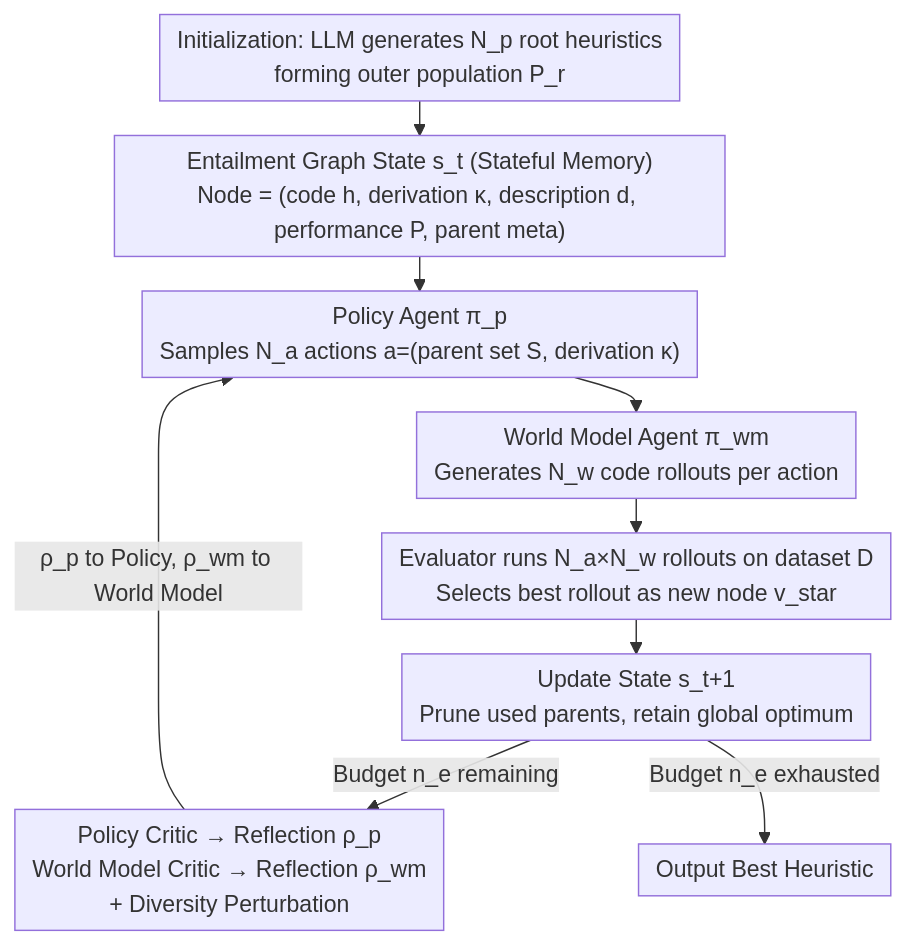
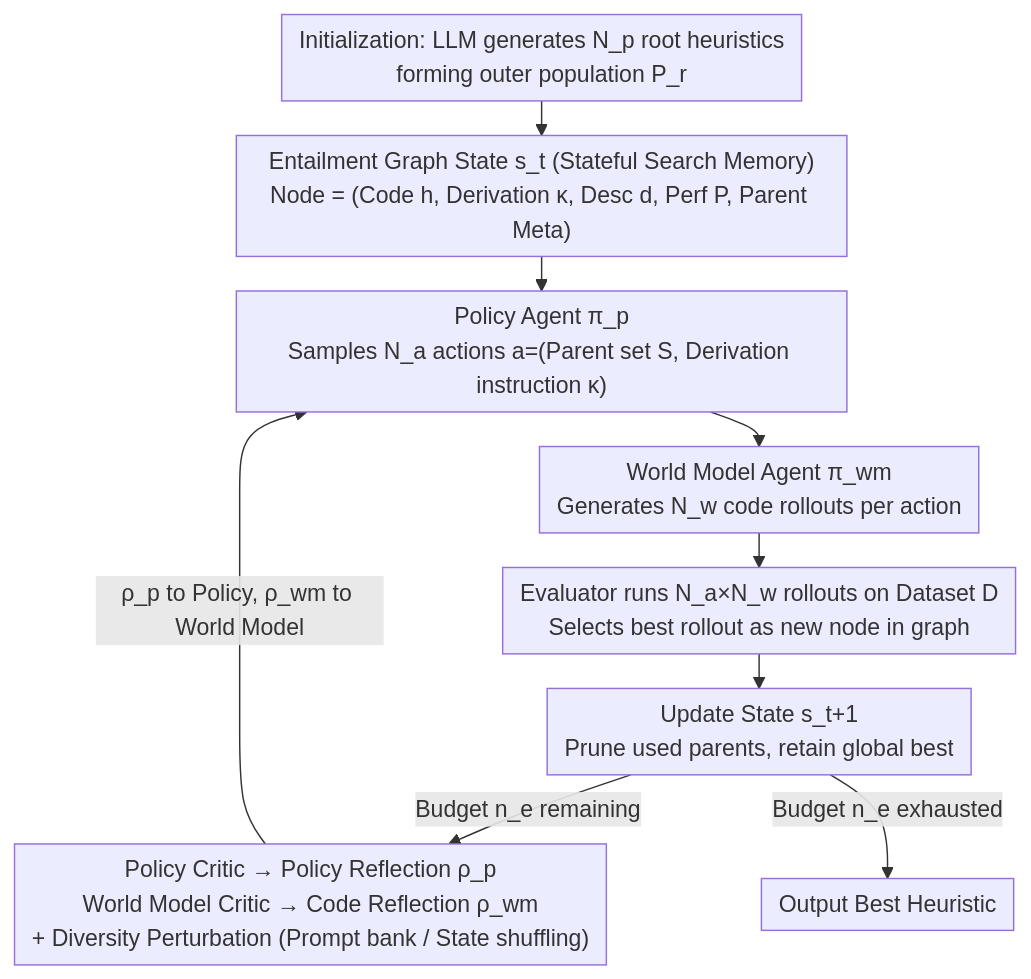
Before and after one commit to zhaoyang97/Paper-Notes-en: the diagram in docs/ICML2026/optimization/pathwise_planning_through_world_model_for_automated_heuristic_design_via_self-ev.md, drawn with Mermaid. The commit also changed other lines of this file and 5084 other files, not shown here.

````diff
--- a/docs/ICML2026/optimization/pathwise_planning_through_world_model_for_automated_heuristic_design_via_self-ev.md
+++ b/docs/ICML2026/optimization/pathwise_planning_through_world_model_for_automated_heuristic_design_via_self-ev.md
@@ -48,12 +48,12 @@
 ```mermaid
 %%{init: {'flowchart': {'rankSpacing': 24, 'nodeSpacing': 28, 'padding': 6, 'wrappingWidth': 400}}}%%
 flowchart TD
-    A["Initialization: LLM generates N_p root heuristics<br/>forming outer population P_r"] --> B["Entailment Graph State s_t (Stateful Memory)<br/>Node = (code h, derivation κ, description d, performance P, parent meta)"]
-    B --> C["Policy Agent π_p<br/>Samples N_a actions a=(parent set S, derivation κ)"]
+    A["Initialization: LLM generates N_p root heuristics<br/>forming outer population P_r"] --> B["Entailment Graph State s_t (Stateful Search Memory)<br/>Node = (Code h, Derivation κ, Desc d, Perf P, Parent Meta)"]
+    B --> C["Policy Agent π_p<br/>Samples N_a actions a=(Parent set S, Derivation instruction κ)"]
     C --> D["World Model Agent π_wm<br/>Generates N_w code rollouts per action"]
-    D --> E["Evaluator runs N_a×N_w rollouts on dataset D<br/>Selects best rollout as new node v_star"]
-    E --> F["Update State s_t+1<br/>Prune used parents, retain global optimum"]
-    F -->|Budget n_e remaining| G["Policy Critic → Reflection ρ_p<br/>World Model Critic → Reflection ρ_wm<br/>+ Diversity Perturbation"]
+    D --> E["Evaluator runs N_a×N_w rollouts on Dataset D<br/>Selects best rollout as new node in graph"]
+    E --> F["Update State s_t+1<br/>Prune used parents, retain global best"]
+    F -->|Budget n_e remaining| G["Policy Critic → Policy Reflection ρ_p<br/>World Model Critic → Code Reflection ρ_wm<br/>+ Diversity Perturbation (Prompt bank / State shuffling)"]
     G -->|ρ_p to Policy, ρ_wm to World Model| C
     F -->|Budget n_e exhausted| H["Output Best Heuristic"]
 ```
````
